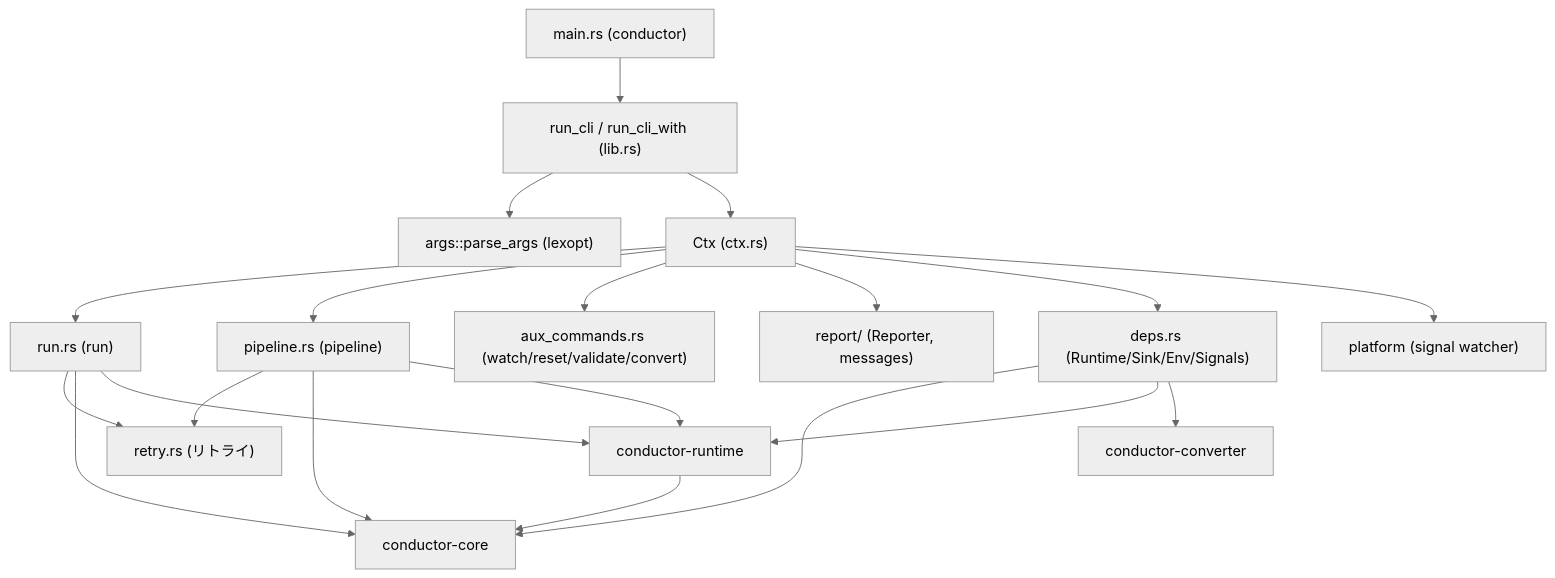
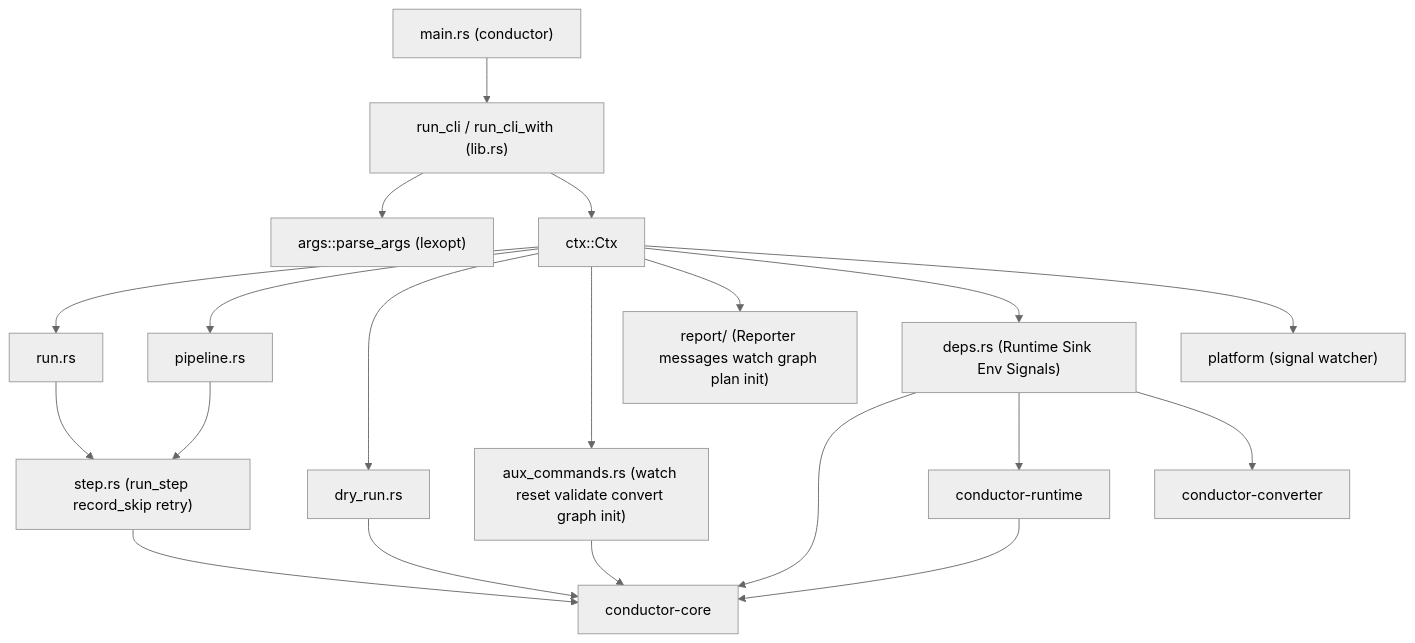
Before and after one commit to agwlvssainokuni/rust-job-conductor: the first of 4 diagrams in aidlc/spaces/default/codekb/rust-job-conductor/architecture.md, drawn with Mermaid (neutral theme). The commit also changed other lines of this file and 8 other files, not shown here.

````diff
--- a/aidlc/spaces/default/codekb/rust-job-conductor/architecture.md
+++ b/aidlc/spaces/default/codekb/rust-job-conductor/architecture.md
@@ -20,22 +21,22 @@
 ```mermaid
 flowchart TD
-    main["main.rs (conductor)"] --> run_cli["run_cli / run_cli_with (lib.rs)"]
-    run_cli --> args["args::parse_args (lexopt)"]
-    run_cli --> ctx["Ctx (ctx.rs)"]
-    ctx --> run["run.rs (run)"]
-    ctx --> pipe["pipeline.rs (pipeline)"]
-    ctx --> aux["aux_commands.rs (watch/reset/validate/convert)"]
-    run --> retry["retry.rs (リトライ)"]
-    pipe --> retry
-    ctx --> report["report/ (Reporter, messages)"]
-    ctx --> deps["deps.rs (Runtime/Sink/Env/Signals)"]
+    main["main.rs (conductor)"] --> runcli["run_cli / run_cli_with (lib.rs)"]
+    runcli --> args["args::parse_args (lexopt)"]
+    runcli --> ctx["ctx::Ctx"]
+    ctx --> run["run.rs"]
+    ctx --> pipe["pipeline.rs"]
+    ctx --> dry["dry_run.rs"]
+    ctx --> aux["aux_commands.rs (watch reset validate convert graph init)"]
+    run --> step["step.rs (run_step record_skip retry)"]
+    pipe --> step
+    ctx --> report["report/ (Reporter messages watch graph plan init)"]
+    ctx --> deps["deps.rs (Runtime Sink Env Signals)"]
+    ctx --> plat["platform (signal watcher)"]
     deps --> core["conductor-core"]
-    deps --> runtime["conductor-runtime"]
+    deps --> rt["conductor-runtime"]
     deps --> conv["conductor-converter"]
-    run --> core
-    pipe --> core
-    run --> runtime
-    pipe --> runtime
-    runtime --> core
-    ctx --> plat["platform (signal watcher)"]
+    step --> core
+    dry --> core
+    aux --> core
+    rt --> core
 ```
````
